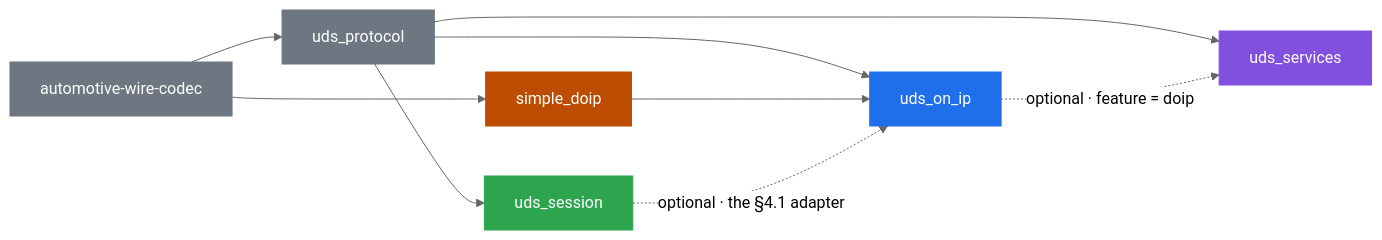
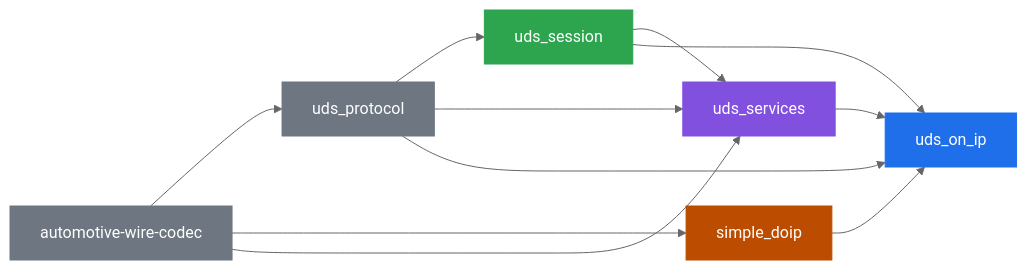
The third of 4 diagrams in crates/uds_on_ip/ARCHITECTURE.md (luminartech/uds_stack), drawn with Mermaid (neutral theme) before and after one commit. The commit also changed other lines of this file, not shown here.

````diff
--- a/crates/uds_on_ip/ARCHITECTURE.md
+++ b/crates/uds_on_ip/ARCHITECTURE.md
@@ -463,29 +580,31 @@
 ```mermaid
 flowchart LR
     AWC["automotive-wire-codec"]
     UP["uds_protocol"]
     SD["simple_doip"]
     US["uds_session"]
+    USVC["uds_services"]
     UOI["uds_on_ip"]
-    USVC["uds_services"]
 
     AWC --> UP
     AWC --> SD
+    AWC --> USVC
     UP --> US
+    UP --> USVC
     UP --> UOI
-    UP --> USVC
+    US --> USVC
+    US --> UOI
     SD --> UOI
-    US -.->|"optional · the §4.1 adapter"| UOI
-    UOI -.->|"optional · feature = doip"| USVC
+    USVC --> UOI
 
     classDef onip fill:#1f6feb,color:#ffffff,stroke:#1f6feb
     classDef sess fill:#2da44e,color:#ffffff,stroke:#2da44e
     classDef doip fill:#bc4c00,color:#ffffff,stroke:#bc4c00
     classDef svc fill:#8250df,color:#ffffff,stroke:#8250df
     classDef plain fill:#6e7781,color:#ffffff,stroke:#6e7781
     class UOI onip
     class US sess
     class SD doip
     class USVC svc
     class AWC,UP plain
 ```
````
